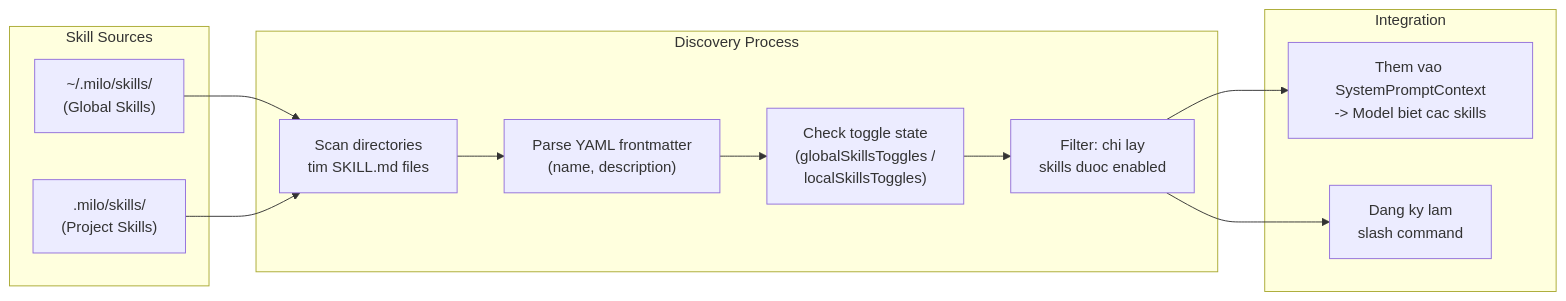
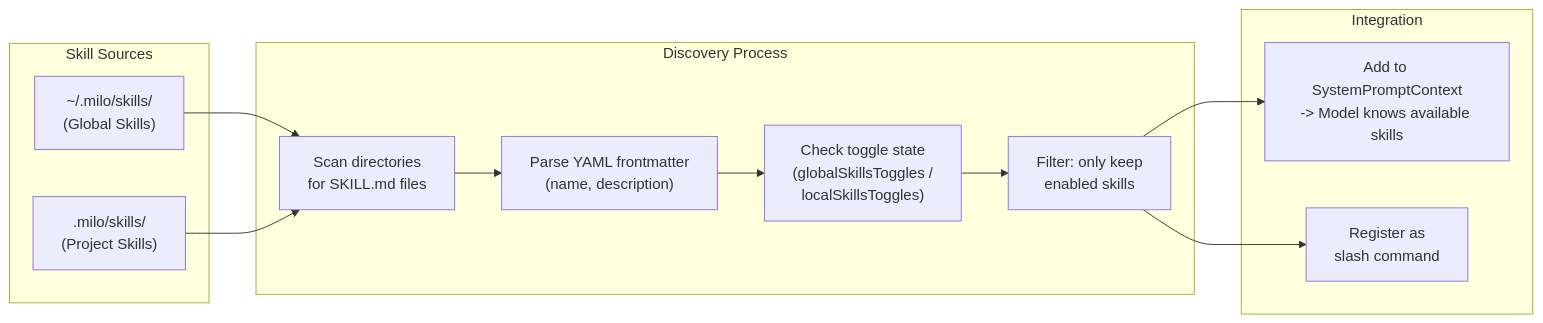
The fourth of 6 diagrams in README.md (TungND2k2/Milo-ai), drawn with Mermaid before and after one commit. The commit also changed other lines of this file and 1 other file, not shown here.

````diff
--- a/README.md
+++ b/README.md
@@ -190,27 +190,27 @@
 ```mermaid
 flowchart LR
     subgraph "Skill Sources"
         G["~/.milo/skills/<br/>(Global Skills)"]
         P[".milo/skills/<br/>(Project Skills)"]
     end
 
     subgraph "Discovery Process"
-        SCAN["Scan directories<br/>tim SKILL.md files"]
+        SCAN["Scan directories<br/>for SKILL.md files"]
         PARSE["Parse YAML frontmatter<br/>(name, description)"]
         TOGGLE["Check toggle state<br/>(globalSkillsToggles /<br/>localSkillsToggles)"]
-        FILTER["Filter: chi lay<br/>skills duoc enabled"]
+        FILTER["Filter: only keep<br/>enabled skills"]
     end
 
     subgraph "Integration"
-        SYS["Them vao SystemPromptContext<br/>-> Model biet cac skills"]
-        SLASH_CMD["Dang ky lam<br/>slash command"]
+        SYS["Add to SystemPromptContext<br/>-> Model knows available skills"]
+        SLASH_CMD["Register as<br/>slash command"]
     end
 
     G --> SCAN
     P --> SCAN
     SCAN --> PARSE
     PARSE --> TOGGLE
     TOGGLE --> FILTER
     FILTER --> SYS
     FILTER --> SLASH_CMD
 ```
````
